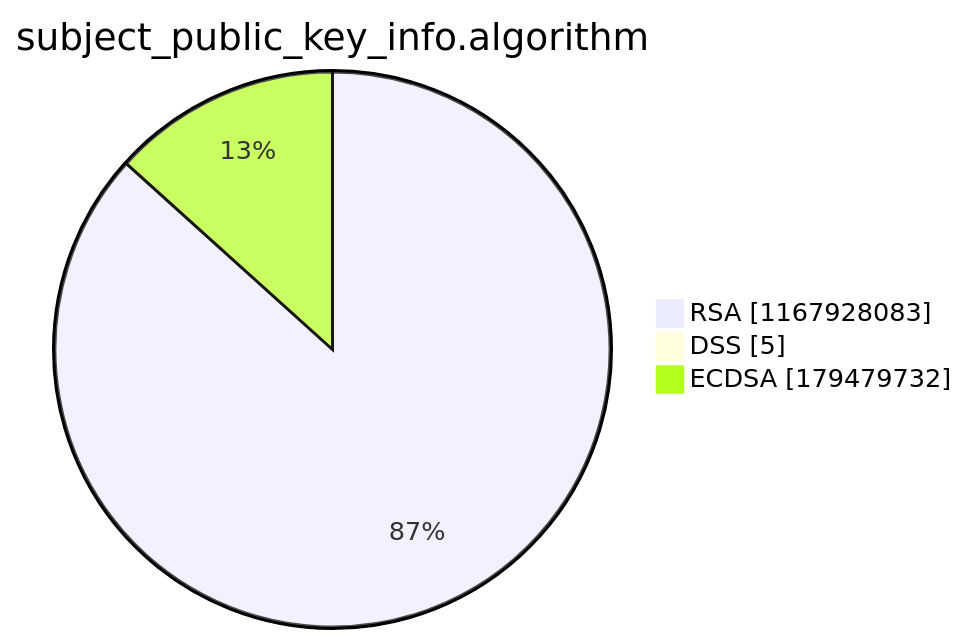
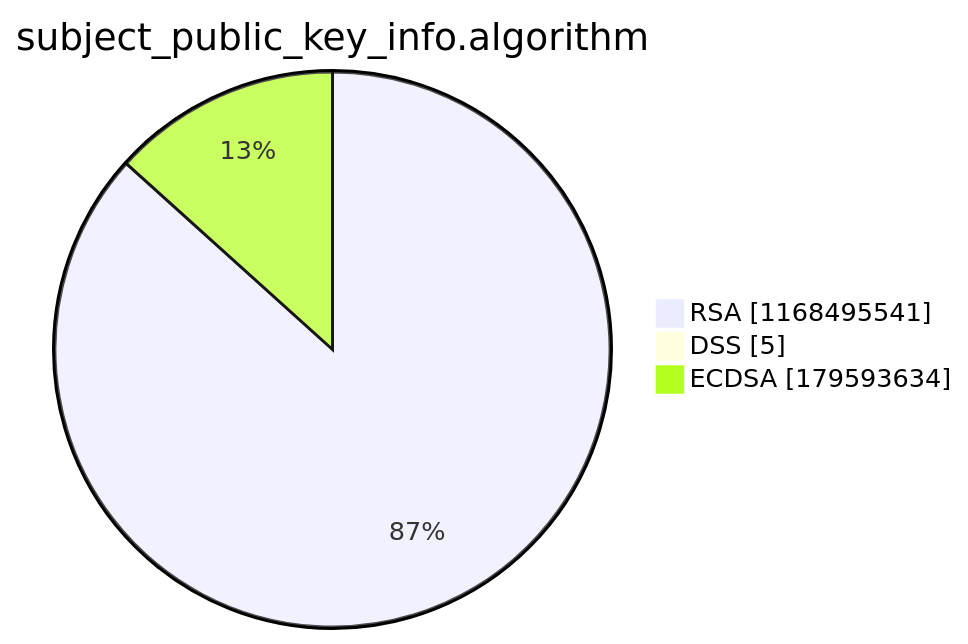
One commit to christiankrug/ctmonitor_visualization changed the third of 15 diagrams in argon2022/README.md. Above: the diagram before and after it, drawn with Mermaid. The commit also changed other lines of this file, not shown here.

````diff
--- a/argon2022/README.md
+++ b/argon2022/README.md
@@ -14,7 +14,7 @@
 ```mermaid
 pie showData
 title subject_public_key_info.algorithm
-"RSA" :1167928083
+"RSA" :1168495541
 "DSS" :5
-"ECDSA" :179479732
+"ECDSA" :179593634
 ```
````
